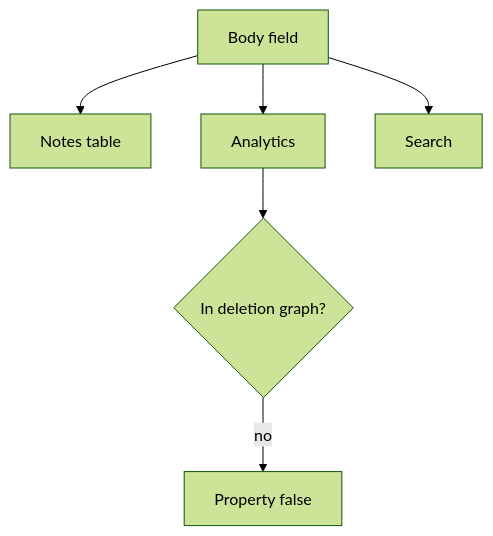
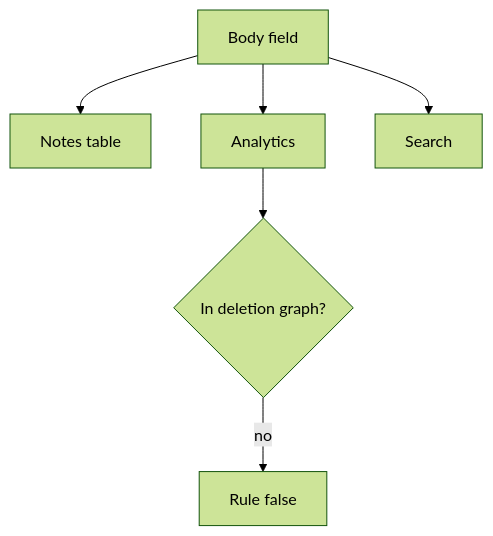
The second of 2 diagrams in content/modules/5/5.1/lessons/02-model.md (ishitvagoel/LearnSecurity), drawn with Mermaid (forest theme) before and after one commit. The commit also changed other lines of this file and 39 other files, not shown here.

````diff
--- a/content/modules/5/5.1/lessons/02-model.md
+++ b/content/modules/5/5.1/lessons/02-model.md
@@ -30,8 +31,8 @@
 ```mermaid
 flowchart TD
   Field[Body field] --> Sink1[Notes table]
   Field --> Sink2[Analytics]
   Field --> Sink3[Search]
   Sink2 --> Rule{"In deletion graph?"}
-  Rule -->|no| Fail[Property false]
+  Rule -->|no| Fail[Rule false]
 ```
````
